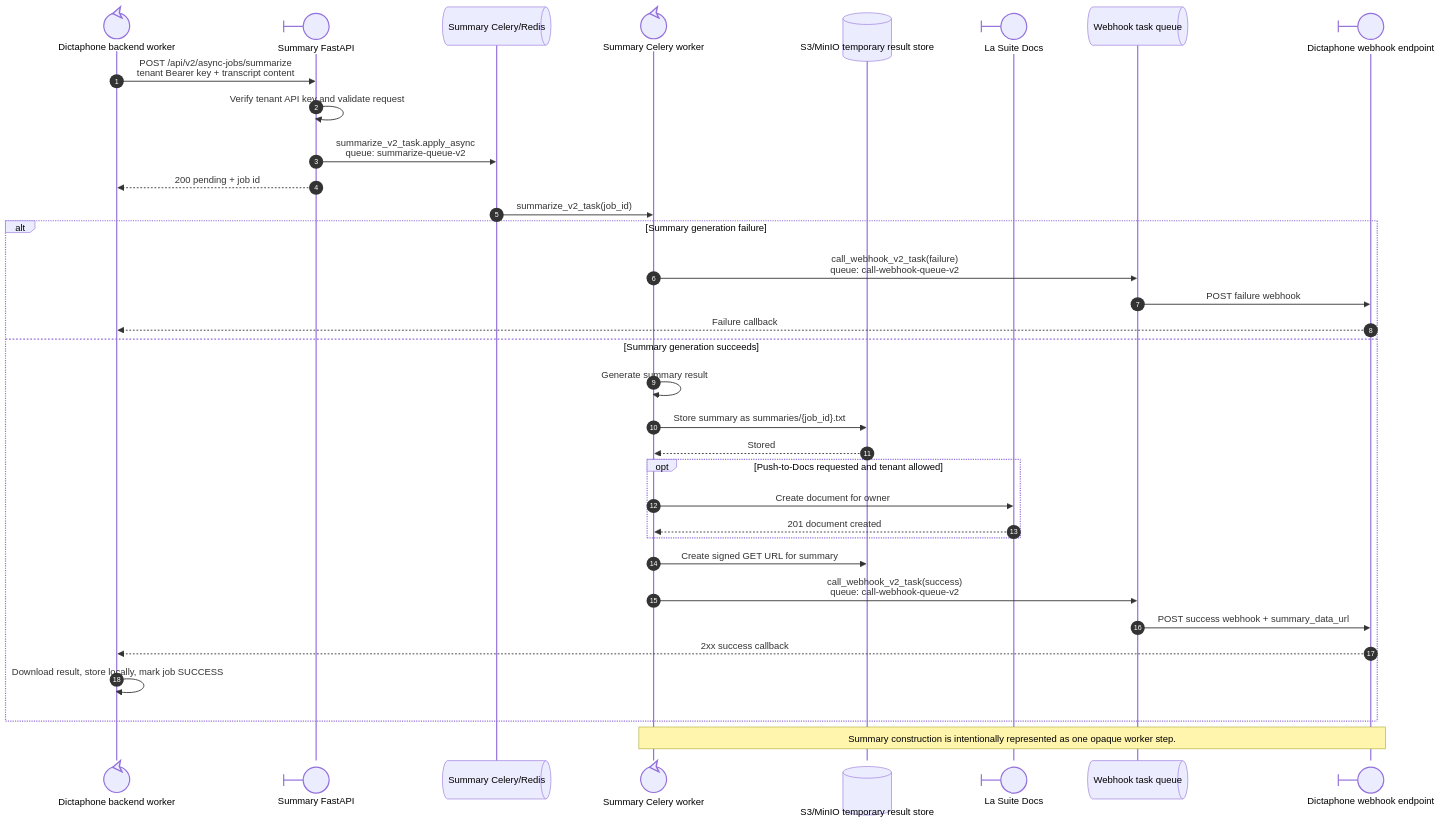
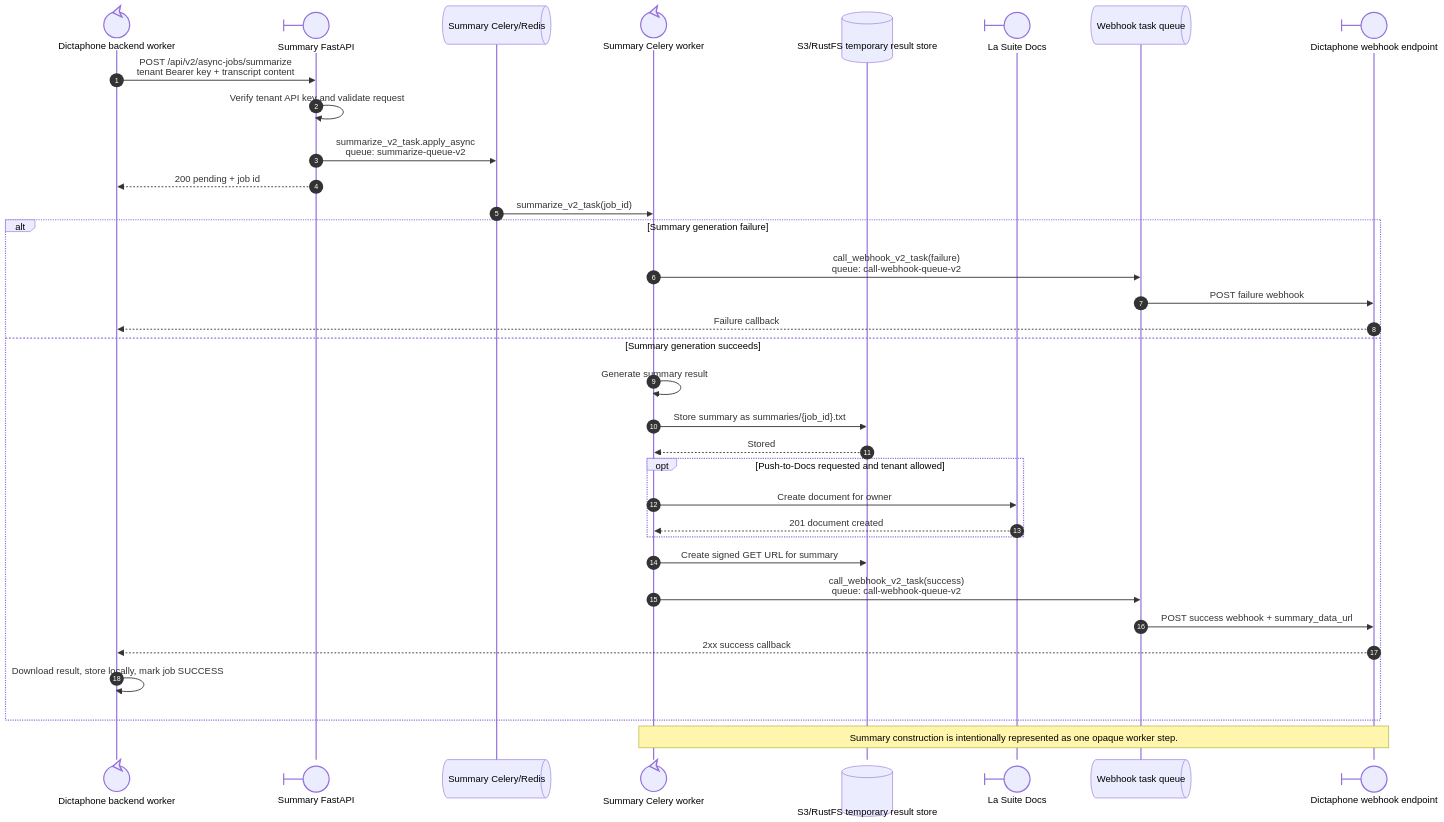
The diagram in docs/diagrams/summary-service-sequence.mmd (suitenumerique/dictaphone), drawn with Mermaid before and after one commit. The commit also changed 13 other files, not shown here.

```diff
--- a/docs/diagrams/summary-service-sequence.mmd
+++ b/docs/diagrams/summary-service-sequence.mmd
@@ -1,44 +1,44 @@
 sequenceDiagram
     autonumber
     participant Dictaphone@{ "type": "control" } as Dictaphone backend worker
     participant API@{ "type": "boundary" } as Summary FastAPI
     participant Queue@{ "type": "queue" } as Summary Celery/Redis
     participant Worker@{ "type": "control" } as Summary Celery worker
-    participant Store@{ "type": "database" } as S3/MinIO temporary result store
+    participant Store@{ "type": "database" } as S3/RustFS temporary result store
     participant Docs@{ "type": "boundary" } as La Suite Docs
     participant WebhookQueue@{ "type": "queue" } as Webhook task queue
     participant Webhook@{ "type": "boundary" } as Dictaphone webhook endpoint
 
     Dictaphone->>API: POST /api/v2/async-jobs/summarize<br/>tenant Bearer key + transcript content
     API->>API: Verify tenant API key and validate request
     API->>Queue: summarize_v2_task.apply_async<br/>queue: summarize-queue-v2
     API-->>Dictaphone: 200 pending + job id
     Queue->>Worker: summarize_v2_task(job_id)
 
     alt Summary generation failure
         Worker->>WebhookQueue: call_webhook_v2_task(failure)<br/>queue: call-webhook-queue-v2
         WebhookQueue->>Webhook: POST failure webhook
         Webhook-->>Dictaphone: Failure callback
     else Summary generation succeeds
         Worker->>Worker: Generate summary result
         Worker->>Store: Store summary as summaries/{job_id}.txt
         Store-->>Worker: Stored
         opt Push-to-Docs requested and tenant allowed
             Worker->>Docs: Create document for owner
             Docs-->>Worker: 201 document created
         end
         Worker->>Store: Create signed GET URL for summary
         Worker->>WebhookQueue: call_webhook_v2_task(success)<br/>queue: call-webhook-queue-v2
         WebhookQueue->>Webhook: POST success webhook + summary_data_url
         Webhook-->>Dictaphone: 2xx success callback
         Dictaphone->>Dictaphone: Download result, store locally, mark job SUCCESS
     end
 
     Note over Worker,Webhook: Summary construction is intentionally represented as one opaque worker step.
 
 
 %% Sources in sibling Meet repository:
 %% meet/src/summary/summary/api/route/tasks_v2.py,
 %% meet/src/summary/summary/core/celery_worker.py,
 %% meet/src/summary/summary/core/file_service.py,
 %% meet/src/summary/summary/core/webhook_service.py
```
